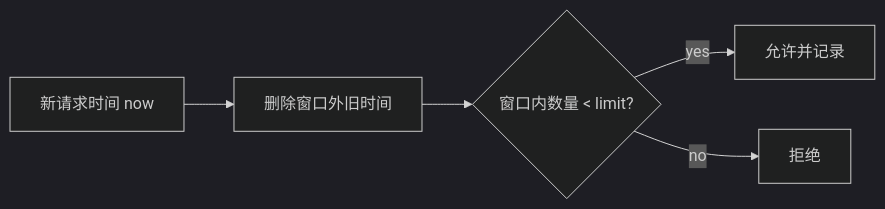
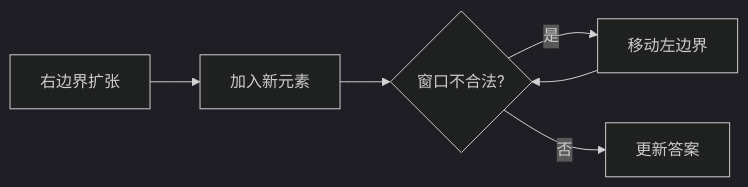
The third of 4 diagrams in docs/INTERVIEW_ALGORITHMS.md (xcl2005/RAG-Agent), drawn with Mermaid (dark theme) before and after one commit. The commit also changed other lines of this file, not shown here.

````diff
--- a/docs/INTERVIEW_ALGORITHMS.md
+++ b/docs/INTERVIEW_ALGORITHMS.md
@@ -257,7 +397,8 @@
 ```mermaid
 flowchart LR
-    R[新请求时间 now] --> CLEAN[删除窗口外旧时间]
-    CLEAN --> COUNT{窗口内数量 < limit?}
-    COUNT -->|yes| ALLOW[允许并记录]
-    COUNT -->|no| DENY[拒绝]
+    R[右边界扩张] --> ADD[加入新元素]
+    ADD --> BAD{窗口不合法?}
+    BAD -->|是| SHRINK[移动左边界]
+    SHRINK --> BAD
+    BAD -->|否| ANS[更新答案]
 ```
````
